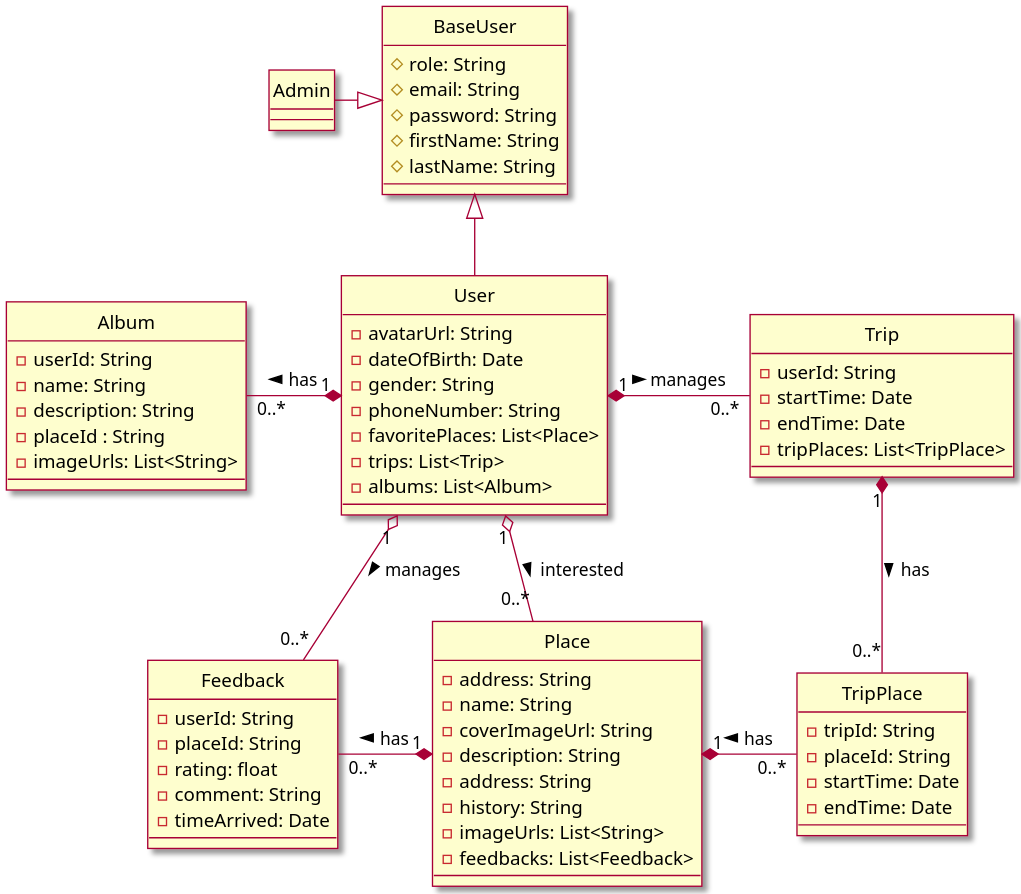
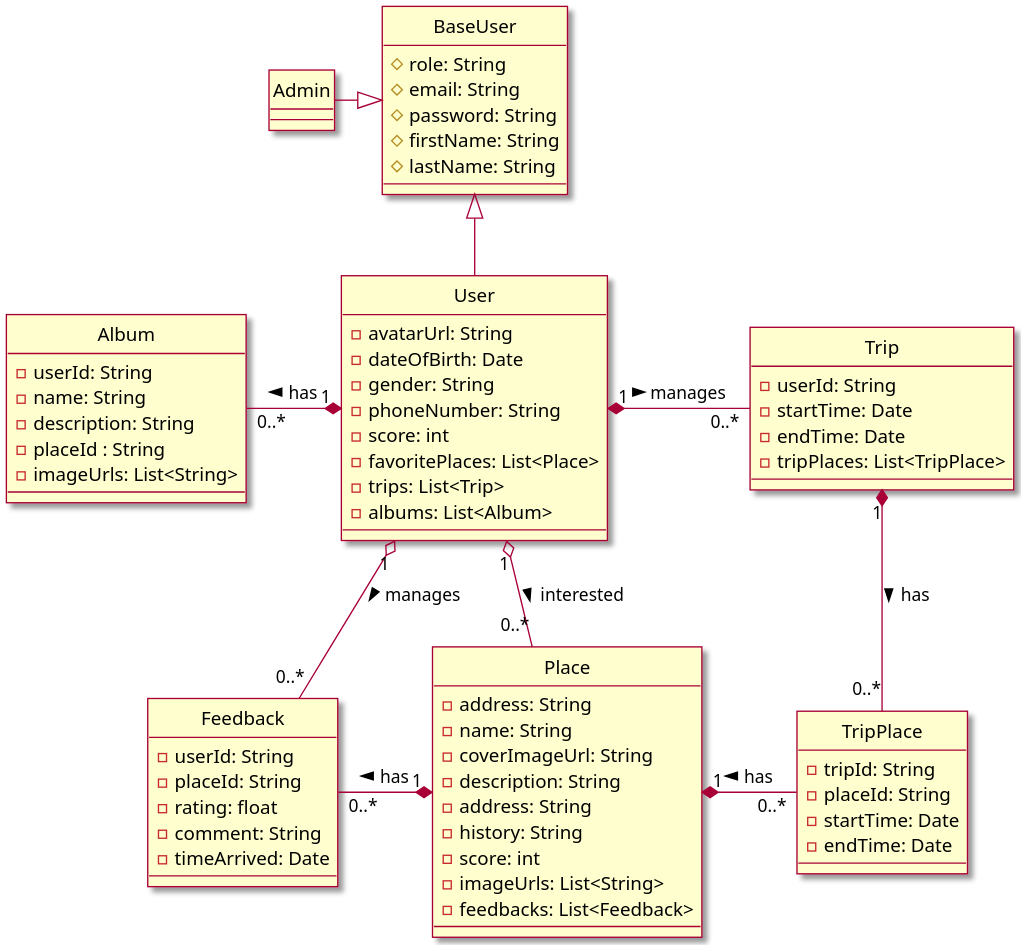
The diagram in Class/Class.puml (Griselda4774/WanderFun_Diagram), drawn with PlantUML before and after one commit. The commit also changed 5 other files, not shown here.

```diff
--- a/Class/Class.puml
+++ b/Class/Class.puml
@@ -1,80 +1,82 @@
 @startuml ClassDiagram
 
 skin rose
 scale 2
 hide circle
 
 class BaseUser {
     # role: String
     # email: String
     # password: String
     # firstName: String
     # lastName: String
 }
 
 class Admin {
 
 }
 
 class Place {
     - address: String
     - name: String
     - coverImageUrl: String
     - description: String
     - address: String
     - history: String
+    - score: int
     - imageUrls: List<String>
     - feedbacks: List<Feedback>
 }
 
 class User {
     - avatarUrl: String
     - dateOfBirth: Date
     - gender: String
     - phoneNumber: String
+    - score: int
     - favoritePlaces: List<Place>
     - trips: List<Trip>
     - albums: List<Album>
 }
 
 class Feedback {
     - userId: String
     - placeId: String
     - rating: float
     - comment: String
     - timeArrived: Date
 }
 
 class Trip {
     - userId: String
     - startTime: Date
     - endTime: Date
     - tripPlaces: List<TripPlace>
 }
 
 class TripPlace {
     - tripId: String
     - placeId: String
     - startTime: Date
     - endTime: Date
 }
 
 class Album {
     - userId: String
     - name: String
     - description: String
     - placeId : String
     - imageUrls: List<String>
 }
 
 BaseUser <|-left- Admin
 BaseUser <|-down- User
 Place "1" *-left- "0..*" Feedback : has >
 User "1" o-- "0..*" Feedback : manages >
 User "1" o-down- "0..*" Place : interested >
 User "1"*-right- "0..*" Trip : manages >
 Place "1" *-right- "0..*" TripPlace : has <
 Trip "1" *-down- "0..*" TripPlace : has >
 User "1" *-left- "0..*" Album : has >
 
 @enduml
```
